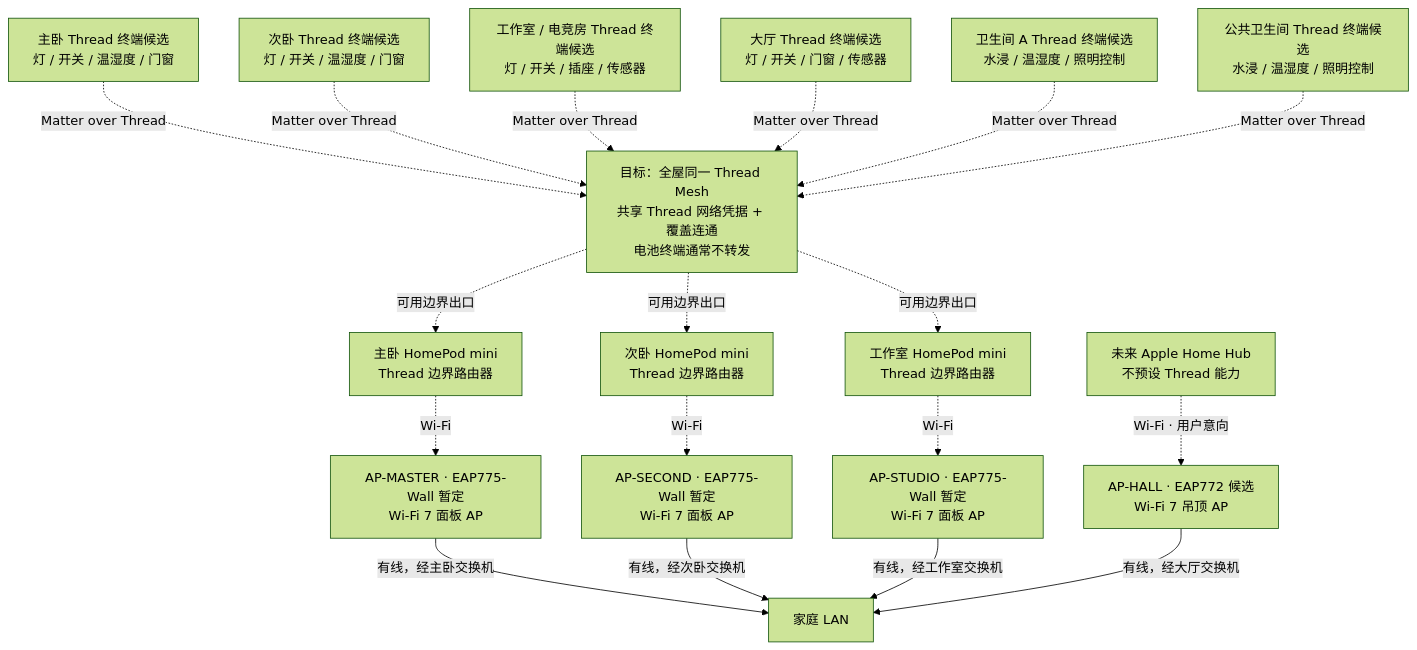
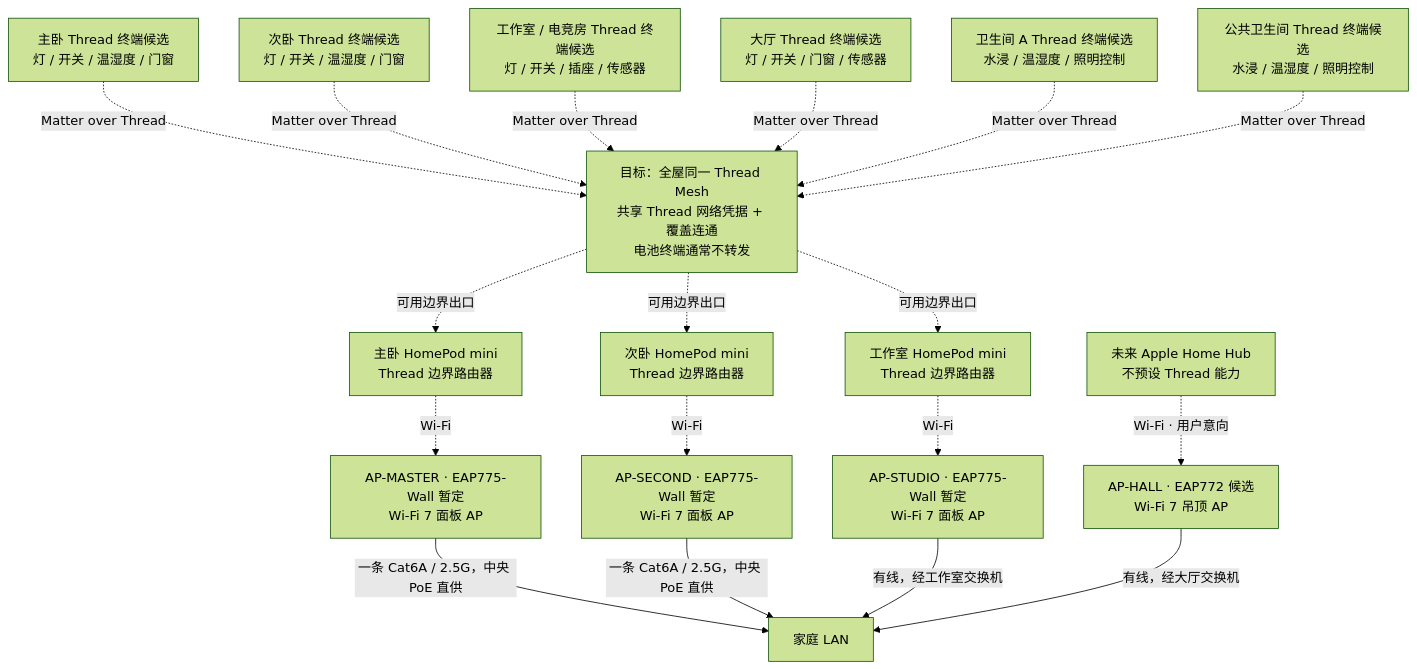
One commit to QZSAMA/AgentHomeAssistant changed the second of 2 diagrams in docs/smart-home-topology.md. Above: the diagram before and after it, drawn with Mermaid (forest theme). The commit also changed other lines of this file and 9 other files, not shown here.

````diff
--- a/docs/smart-home-topology.md
+++ b/docs/smart-home-topology.md
@@ -110,31 +117,31 @@
 ```mermaid
 flowchart TB
     TM["主卧 Thread 终端候选<br/>灯 / 开关 / 温湿度 / 门窗"]
     TS["次卧 Thread 终端候选<br/>灯 / 开关 / 温湿度 / 门窗"]
     TW["工作室 / 电竞房 Thread 终端候选<br/>灯 / 开关 / 插座 / 传感器"]
     TH["大厅 Thread 终端候选<br/>灯 / 开关 / 门窗 / 传感器"]
     TB1["卫生间 A Thread 终端候选<br/>水浸 / 温湿度 / 照明控制"]
     TB2["公共卫生间 Thread 终端候选<br/>水浸 / 温湿度 / 照明控制"]
 
     MESH["目标：全屋同一 Thread Mesh<br/>共享 Thread 网络凭据 + 覆盖连通<br/>电池终端通常不转发"]
     TM -. "Matter over Thread" .-> MESH
     TS -. "Matter over Thread" .-> MESH
     TW -. "Matter over Thread" .-> MESH
     TH -. "Matter over Thread" .-> MESH
     TB1 -. "Matter over Thread" .-> MESH
     TB2 -. "Matter over Thread" .-> MESH
 
     MESH -. "可用边界出口" .-> HP1["主卧 HomePod mini<br/>Thread 边界路由器"]
     MESH -. "可用边界出口" .-> HP2["次卧 HomePod mini<br/>Thread 边界路由器"]
     MESH -. "可用边界出口" .-> HP3["工作室 HomePod mini<br/>Thread 边界路由器"]
 
     HP1 -. "Wi-Fi" .-> AP1["AP-MASTER · EAP775-Wall 暂定<br/>Wi-Fi 7 面板 AP"]
     HP2 -. "Wi-Fi" .-> AP2["AP-SECOND · EAP775-Wall 暂定<br/>Wi-Fi 7 面板 AP"]
     HP3 -. "Wi-Fi" .-> AP3["AP-STUDIO · EAP775-Wall 暂定<br/>Wi-Fi 7 面板 AP"]
-    AP1 -->|"有线，经主卧交换机"| LAN["家庭 LAN"]
-    AP2 -->|"有线，经次卧交换机"| LAN
+    AP1 -->|"一条 Cat6A / 2.5G，中央 PoE 直供"| LAN["家庭 LAN"]
+    AP2 -->|"一条 Cat6A / 2.5G，中央 PoE 直供"| LAN
     AP3 -->|"有线，经工作室交换机"| LAN
 
     HUB["未来 Apple Home Hub<br/>不预设 Thread 能力"] -. "Wi-Fi · 用户意向" .-> AP4["AP-HALL · EAP772 候选<br/>Wi-Fi 7 吊顶 AP"]
     AP4 -->|"有线，经大厅交换机"| LAN
 ```
````
